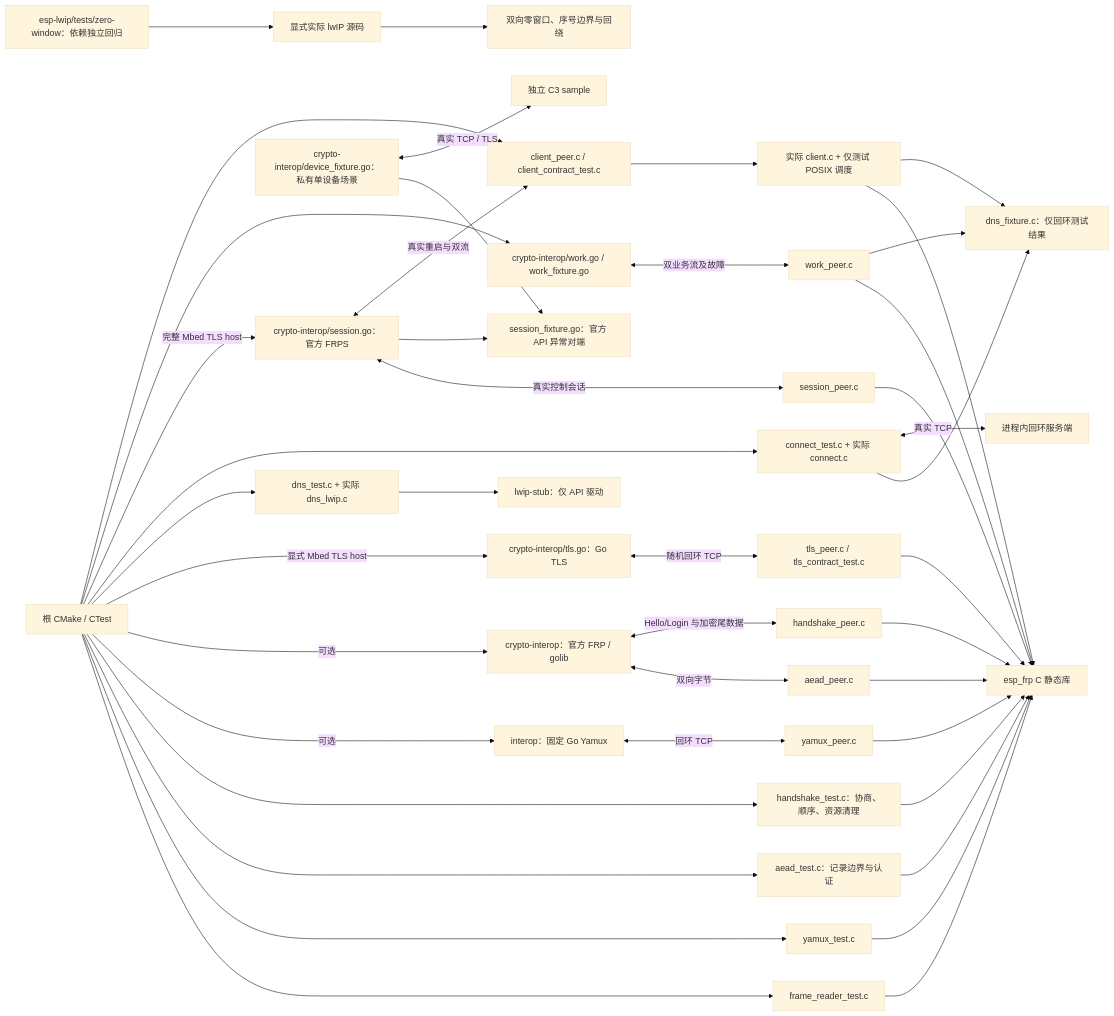
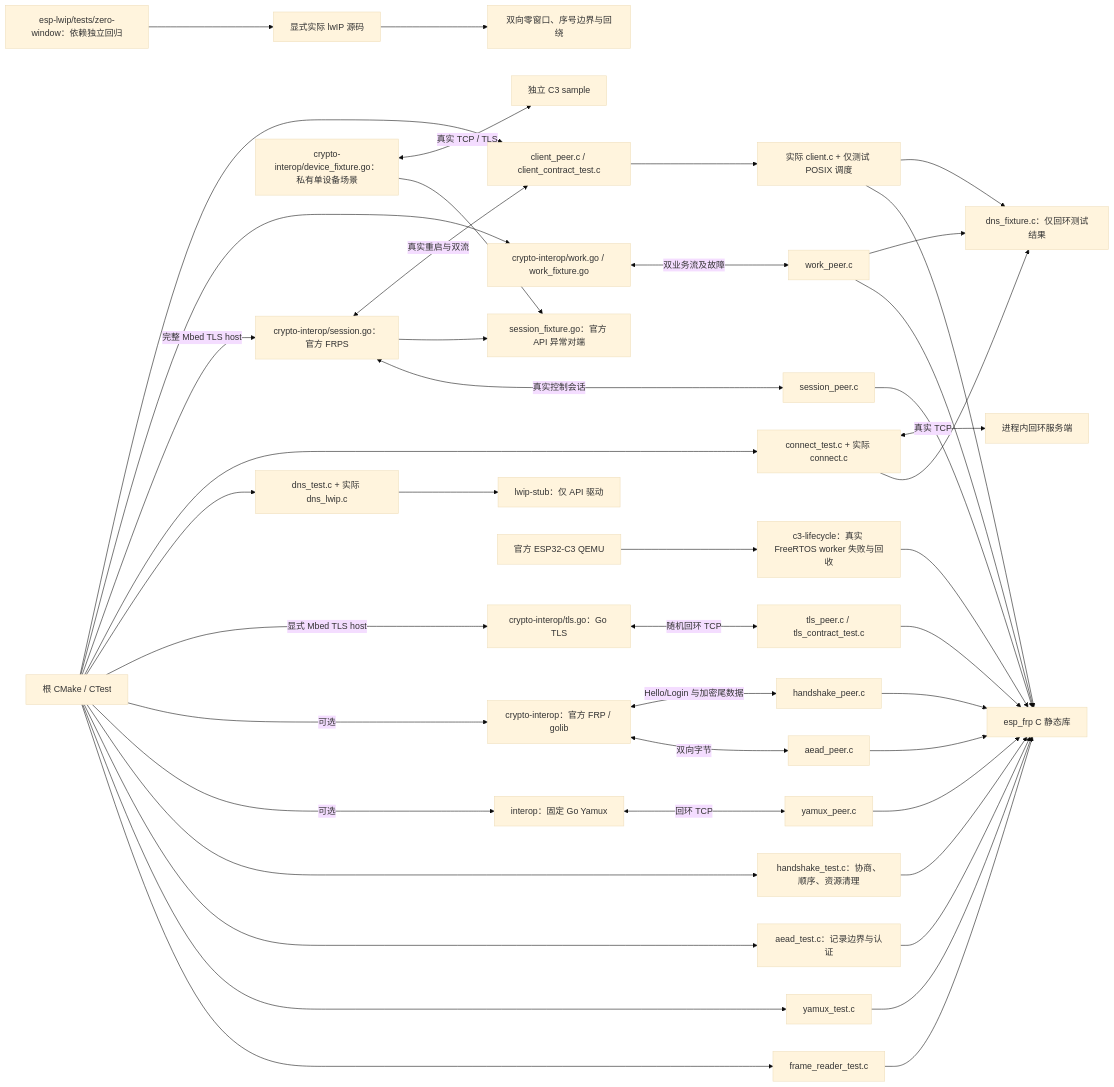
Before and after one commit to darren-you/esp-frp: the diagram in tests/README.md, drawn with Mermaid (base theme). The commit also changed other lines of this file and 9 other files, not shown here.

Commit message:
验证 ESP32-C3 QEMU 客户端失败回收路径

````diff
--- a/tests/README.md
+++ b/tests/README.md
@@ -5,44 +5,46 @@
 ```mermaid
 flowchart LR
     cmake["根 CMake / CTest"] --> wire["frame_reader_test.c"]
     cmake --> mux["yamux_test.c"]
     cmake --> aead["aead_test.c：记录边界与认证"]
     cmake --> handshake["handshake_test.c：协商、顺序、资源清理"]
     wire --> lib["esp_frp C 静态库"]
     mux --> lib
     aead --> lib
     handshake --> lib
     cmake -->|"可选"| upstream["interop：固定 Go Yamux"]
     upstream <-->|"回环 TCP"| peer["yamux_peer.c"]
     peer --> lib
     cmake -->|"可选"| crypto["crypto-interop：官方 FRP / golib"]
     crypto <-->|"双向字节"| cp["aead_peer.c"]
     cp --> lib
     crypto <-->|"Hello/Login 与加密尾数据"| hp["handshake_peer.c"]
     hp --> lib
     cmake -->|"显式 Mbed TLS host"| tls["crypto-interop/tls.go：Go TLS"]
     tls <-->|"随机回环 TCP"| tp["tls_peer.c / tls_contract_test.c"]
     tp --> lib
     cmake --> dns["dns_test.c + 实际 dns_lwip.c"]
     dns --> stub["lwip-stub：仅 API 驱动"]
     cmake --> tcp["connect_test.c + 实际 connect.c"]
     tcp --> fixture["dns_fixture.c：仅回环测试结果"]
     tcp <-->|"真实 TCP"| socket["进程内回环服务端"]
     cmake -->|"完整 Mbed TLS host"| session["crypto-interop/session.go：官方 FRPS"]
     session <-->|"真实控制会话"| sp["session_peer.c"]
     sp --> lib
     session --> faults["session_fixture.go：官方 API 异常对端"]
     device["crypto-interop/device_fixture.go：私有单设备场景"] --> faults
     device <-->|"真实 TCP / TLS"| board["独立 C3 sample"]
     cmake --> work["crypto-interop/work.go / work_fixture.go"]
     work <-->|"双业务流及故障"| wp["work_peer.c"]
     wp --> lib
     wp --> fixture
     cmake --> client["client_peer.c / client_contract_test.c"]
     client --> worker["实际 client.c + 仅测试 POSIX 调度"]
     worker --> lib
     worker --> fixture
     session <-->|"真实重启与双流"| client
+    qemu["官方 ESP32-C3 QEMU"] --> lifecycle["c3-lifecycle：真实 FreeRTOS worker 失败与回收"]
+    lifecycle --> lib
     dependency["esp-lwip/tests/zero-window：依赖独立回归"] --> sdk["显式实际 lwIP 源码"]
     sdk --> zero["双向零窗口、序号边界与回绕"]
 ```
````
